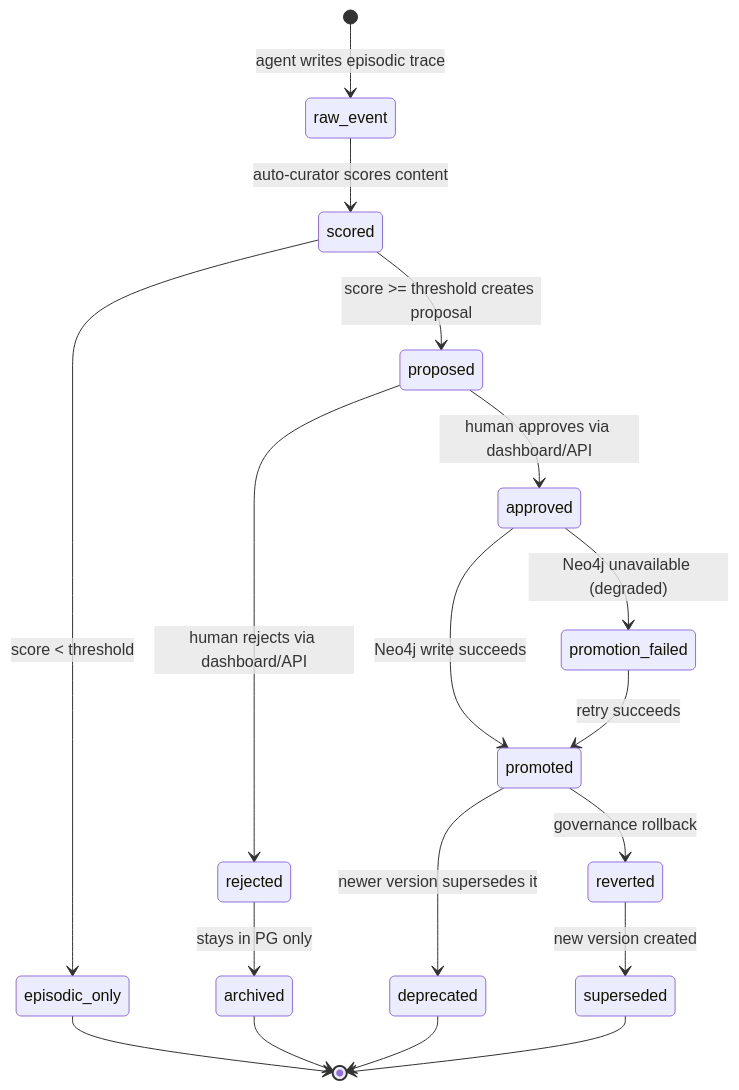
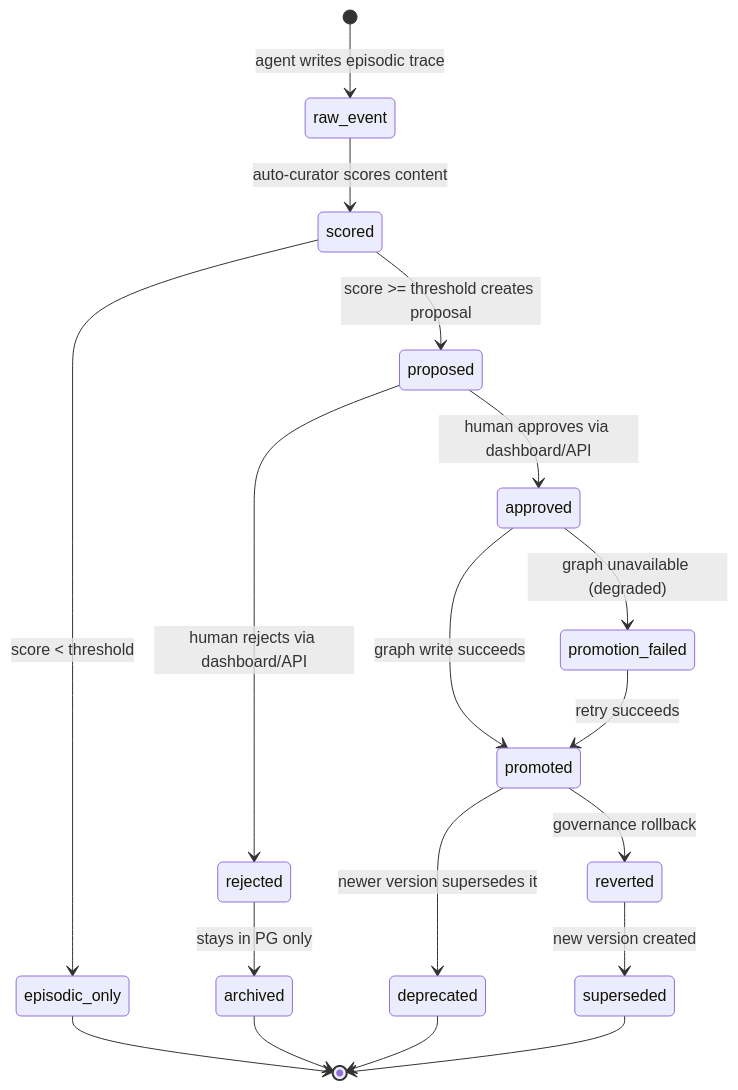
The diagram in docs/allura/DESIGN-ALLURA.md (Allura-Ecosystem/Allura_Memory), drawn with Mermaid before and after one commit. The commit also changed other lines of this file and 9 other files, not shown here.

````diff
--- a/docs/allura/DESIGN-ALLURA.md
+++ b/docs/allura/DESIGN-ALLURA.md
@@ -639,20 +639,20 @@
 ```mermaid
 stateDiagram-v2
   [*] --> raw_event : agent writes episodic trace
   raw_event --> scored : auto-curator scores content
   scored --> proposed : score >= threshold creates proposal
   scored --> episodic_only : score < threshold
   proposed --> approved : human approves via dashboard/API
   proposed --> rejected : human rejects via dashboard/API
-  approved --> promoted : Neo4j write succeeds
-  approved --> promotion_failed : Neo4j unavailable (degraded)
+  approved --> promoted : graph write succeeds
+  approved --> promotion_failed : graph unavailable (degraded)
   promotion_failed --> promoted : retry succeeds
   promoted --> deprecated : newer version supersedes it
   promoted --> reverted : governance rollback
   rejected --> archived : stays in PG only
   episodic_only --> [*]
   archived --> [*]
   deprecated --> [*]
   reverted --> superseded : new version created
   superseded --> [*]
 ```
````
